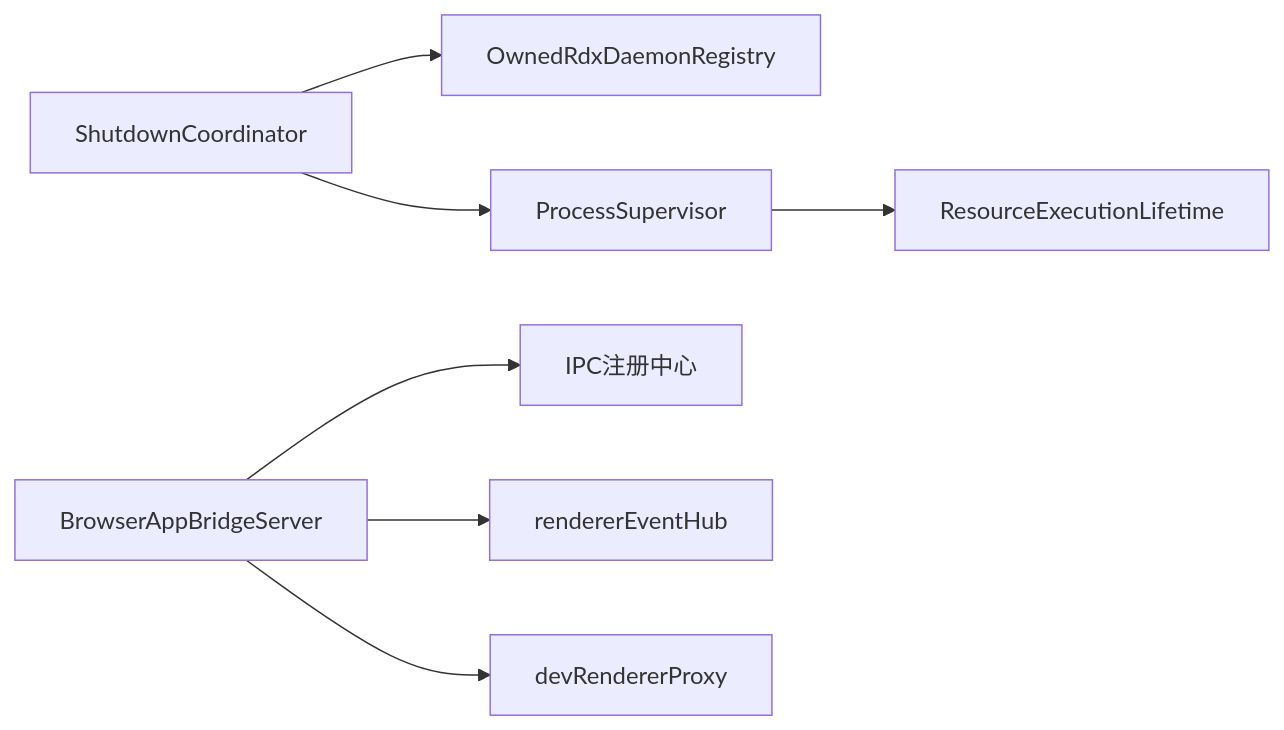
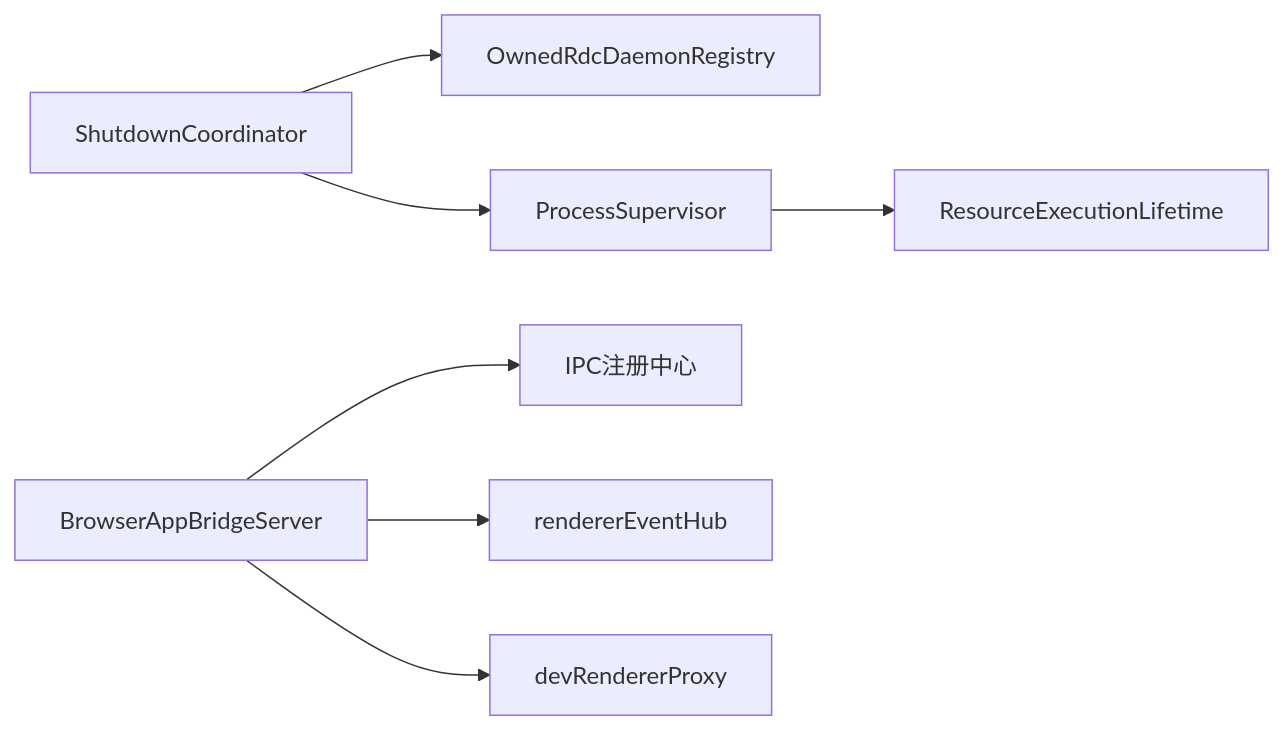
Before and after one commit to haolange/RDC-Agent: the sixth of 8 diagrams in .qoder/repowiki/zh/content/架构设计/主进程架构/生命周期管理.md, drawn with Mermaid. The commit also changed other lines of this file and 557 other files, not shown here.

````diff
--- a/.qoder/repowiki/zh/content/架构设计/主进程架构/生命周期管理.md
+++ b/.qoder/repowiki/zh/content/架构设计/主进程架构/生命周期管理.md
@@ -301,9 +301,9 @@
 ```mermaid
 graph LR
-SC["ShutdownCoordinator"] --> ORD["OwnedRdxDaemonRegistry"]
+SC["ShutdownCoordinator"] --> ORD["OwnedRdcDaemonRegistry"]
 SC --> PS["ProcessSupervisor"]
 PS --> REL["ResourceExecutionLifetime"]
 BBS["BrowserAppBridgeServer"] --> IPC["IPC注册中心"]
 BBS --> EV["rendererEventHub"]
 BBS --> DRP["devRendererProxy"]
 ```
````
